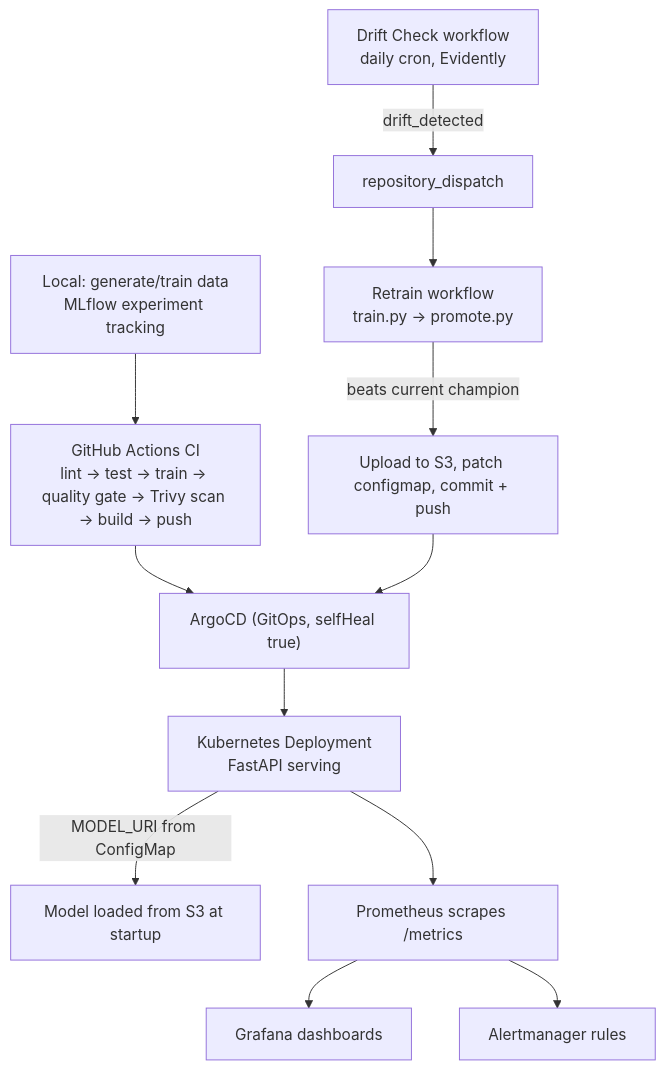
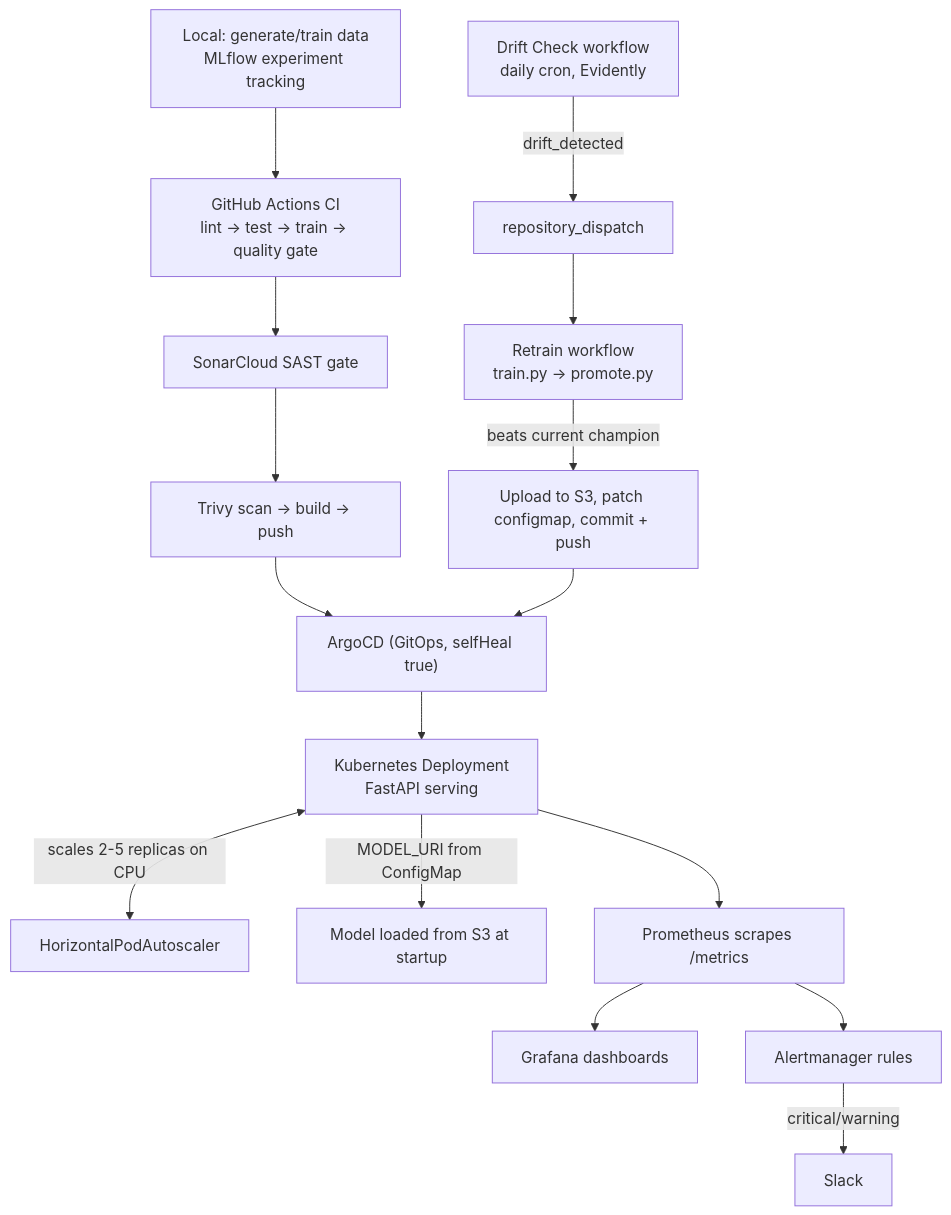
The diagram in README.md (himanshu2604/mlops-fraud-pipeline), drawn with Mermaid before and after one commit. The commit also changed other lines of this file and 7 other files, not shown here.

````diff
--- a/README.md
+++ b/README.md
@@ -33,15 +35,19 @@
 ```mermaid
 flowchart TD
-    A["Local: generate/train data<br/>MLflow experiment tracking"] --> B["GitHub Actions CI<br/>lint -> test -> train -> quality gate -> Trivy scan -> build -> push"]
-    B --> C["ArgoCD (GitOps, selfHeal true)"]
+    A["Local: generate/train data<br/>MLflow experiment tracking"] --> B["GitHub Actions CI<br/>lint -> test -> train -> quality gate"]
+    B --> S["SonarCloud SAST gate"]
+    S --> T["Trivy scan -> build -> push"]
+    T --> C["ArgoCD (GitOps, selfHeal true)"]
     C --> D["Kubernetes Deployment<br/>FastAPI serving"]
+    D <-->|"scales 2-5 replicas on CPU"| HPA["HorizontalPodAutoscaler"]
     D -->|"MODEL_URI from ConfigMap"| E["Model loaded from S3 at startup"]
     D --> F["Prometheus scrapes /metrics"]
     F --> G["Grafana dashboards"]
     F --> H["Alertmanager rules"]
+    H -->|"critical/warning"| SL["Slack"]
 
     I["Drift Check workflow<br/>daily cron, Evidently"] -->|"drift_detected"| J["repository_dispatch"]
     J --> K["Retrain workflow<br/>train.py -> promote.py"]
     K -->|"beats current champion"| L["Upload to S3, patch configmap, commit + push"]
     L --> C
 ```
````
